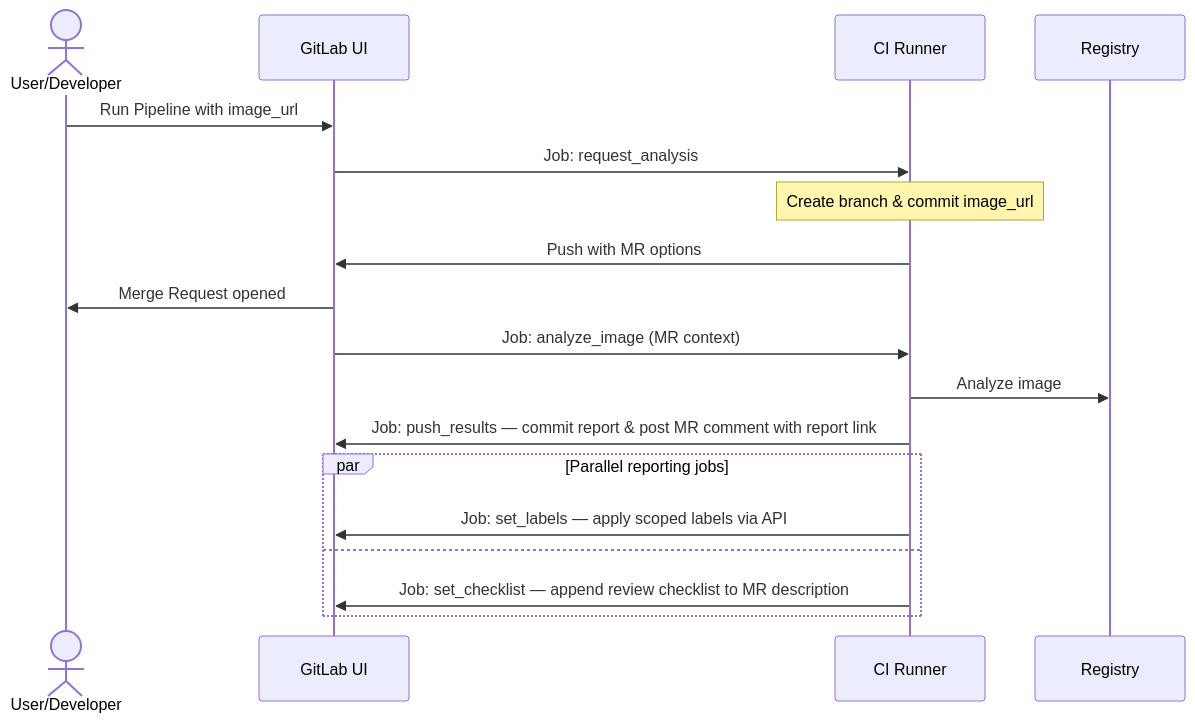
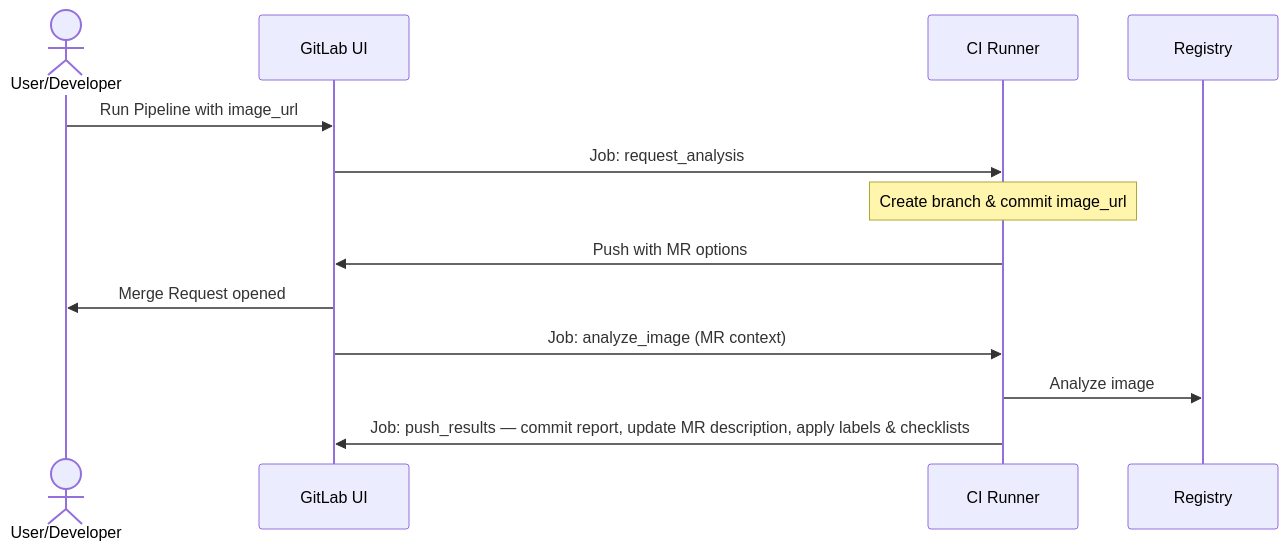
Before and after one commit to trivoallan/regis: the diagram in docs/modules/ROOT/pages/gitlab-workflow.adoc, drawn with Mermaid. The commit also changed other lines of this file and 9 other files, not shown here.

```diff
--- a/docs/modules/ROOT/pages/gitlab-workflow.adoc
+++ b/docs/modules/ROOT/pages/gitlab-workflow.adoc
@@ -117,22 +117,17 @@
 [mermaid]
 ....
 sequenceDiagram
     actor User as User/Developer
     participant GL as GitLab UI
     participant CI as CI Runner
     participant Reg as Registry
 
     User->>GL: Run Pipeline with image_url
     GL->>CI: Job: request_analysis
     Note over CI: Create branch & commit image_url
     CI->>GL: Push with MR options
     GL->>User: Merge Request opened
     GL->>CI: Job: analyze_image (MR context)
     CI->>Reg: Analyze image
-    CI->>GL: Job: push_results — commit report & post MR comment with report link
-    par Parallel reporting jobs
-        CI->>GL: Job: set_labels — apply scoped labels via API
-    and
-        CI->>GL: Job: set_checklist — append review checklist to MR description
-    end
+    CI->>GL: Job: push_results — commit report, update MR description, apply labels & checklists
 ....
```
